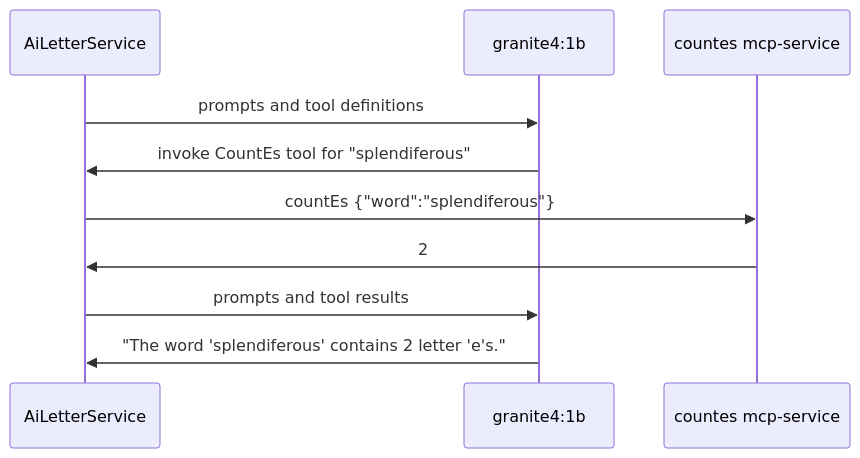
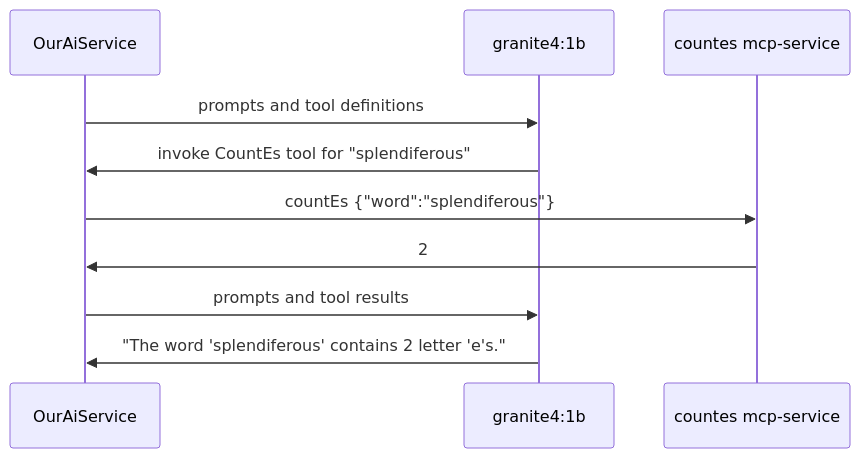
The diagram in README.md (rh-ei-stp/demo-camel-quarkus-mcp), drawn with Mermaid before and after one commit. The commit also changed other lines of this file, not shown here.

````diff
--- a/README.md
+++ b/README.md
@@ -233,16 +233,16 @@
 ```mermaid
 sequenceDiagram
 
-participant AI as AiLetterService
+participant AI as OurAiService
 participant LLM as granite4:1b
 participant MCP as countes mcp-service
 
 AI->>LLM: prompts and tool definitions
 LLM->>AI: invoke CountEs tool for "splendiferous"
 
 AI->>MCP: countEs {"word":"splendiferous"}
 MCP->>AI: 2
 
 AI->>LLM: prompts and tool results
 LLM->>AI: "The word 'splendiferous' contains 2 letter 'e's."
 ```
````
